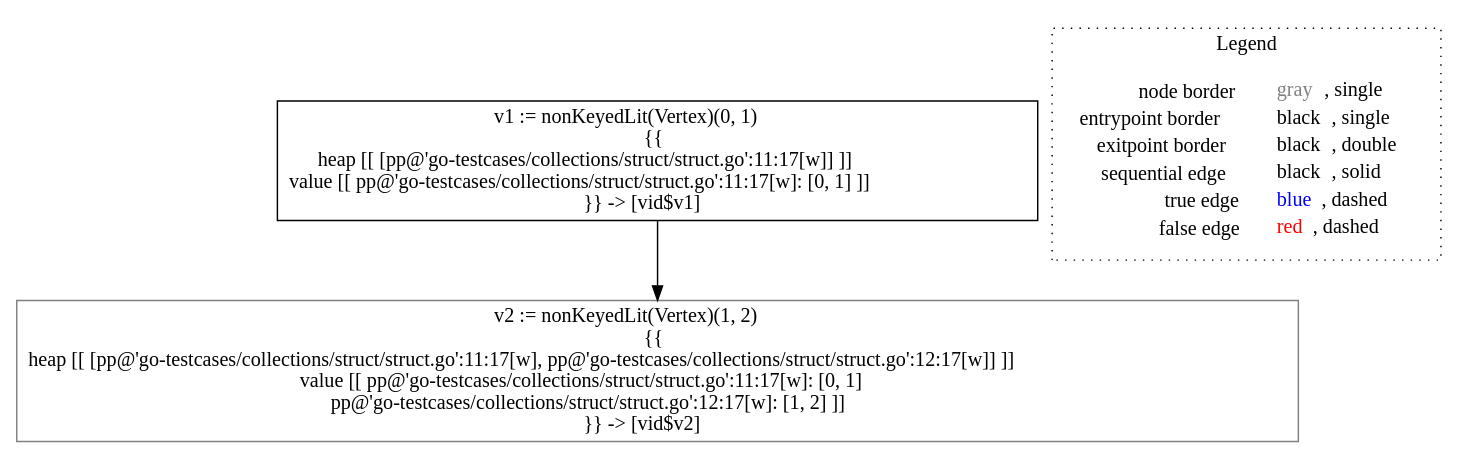
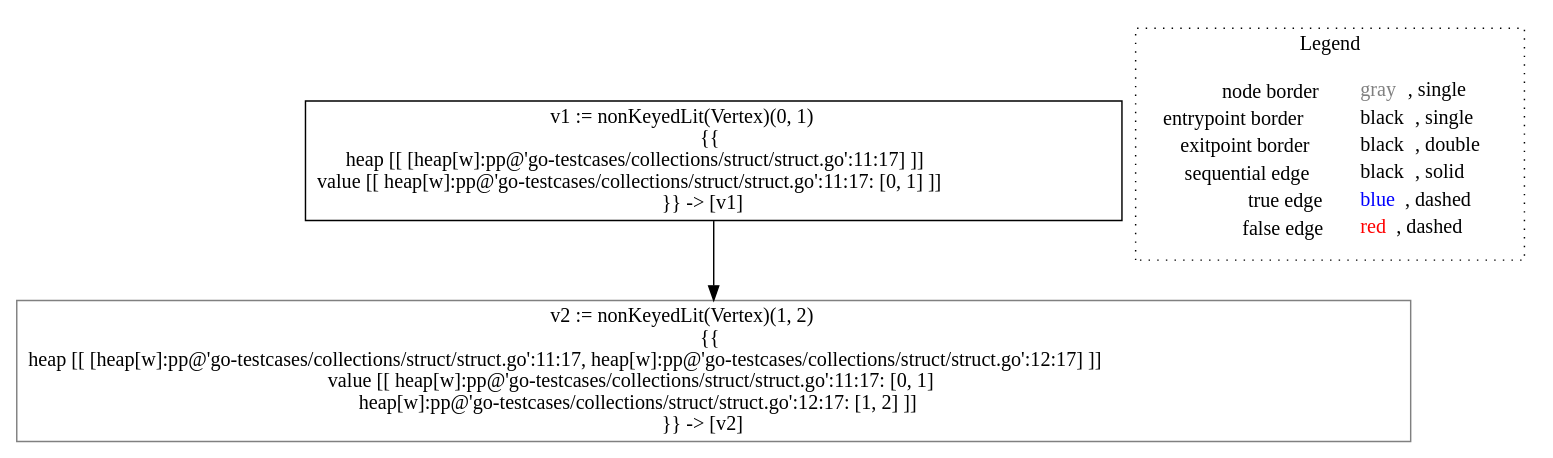
Before and after one commit to lisa-analyzer/go-lisa: the diagram in go-lisa/go-testcases/collections/struct/analysis___untyped_~LiSAProgram.allocs().dot, drawn with Graphviz. The commit also changed 11 other files, not shown here.

```diff
--- a/go-lisa/go-testcases/collections/struct/analysis___untyped_~LiSAProgram.allocs().dot
+++ b/go-lisa/go-testcases/collections/struct/analysis___untyped_~LiSAProgram.allocs().dot
@@ -1,12 +1,12 @@
 digraph {
-	"node0" [shape="rect",color="black",label=<v1 := nonKeyedLit(Vertex)(0, 1)<BR/>{{<BR/>heap [[ [pp@'go-testcases/collections/struct/struct.go':11:17[w]] ]]<BR/>value [[ pp@'go-testcases/collections/struct/struct.go':11:17[w]: [0, 1] ]]<BR/>}} -&gt; [vid$v1]>];
-	"node1" [shape="rect",color="gray",label=<v2 := nonKeyedLit(Vertex)(1, 2)<BR/>{{<BR/>heap [[ [pp@'go-testcases/collections/struct/struct.go':11:17[w], pp@'go-testcases/collections/struct/struct.go':12:17[w]] ]]<BR/>value [[ pp@'go-testcases/collections/struct/struct.go':11:17[w]: [0, 1]<BR/>pp@'go-testcases/collections/struct/struct.go':12:17[w]: [1, 2] ]]<BR/>}} -&gt; [vid$v2]>];
+	"node0" [shape="rect",color="black",label=<v1 := nonKeyedLit(Vertex)(0, 1)<BR/>{{<BR/>heap [[ [heap[w]:pp@'go-testcases/collections/struct/struct.go':11:17] ]]<BR/>value [[ heap[w]:pp@'go-testcases/collections/struct/struct.go':11:17: [0, 1] ]]<BR/>}} -&gt; [v1]>];
+	"node1" [shape="rect",color="gray",label=<v2 := nonKeyedLit(Vertex)(1, 2)<BR/>{{<BR/>heap [[ [heap[w]:pp@'go-testcases/collections/struct/struct.go':11:17, heap[w]:pp@'go-testcases/collections/struct/struct.go':12:17] ]]<BR/>value [[ heap[w]:pp@'go-testcases/collections/struct/struct.go':11:17: [0, 1]<BR/>heap[w]:pp@'go-testcases/collections/struct/struct.go':12:17: [1, 2] ]]<BR/>}} -&gt; [v2]>];
 	"node0" -> "node1" [color="black"];
 subgraph cluster_legend {
 	label="Legend";
 	style=dotted;
 	node [shape=plaintext];
 	"legend" [label=<<table border="0" cellpadding="2" cellspacing="0" cellborder="0"><tr><td align="right">node border&nbsp;</td><td align="left"><font color="gray">gray</font>, single</td></tr><tr><td align="right">entrypoint border&nbsp;</td><td align="left"><font color="black">black</font>, single</td></tr><tr><td align="right">exitpoint border&nbsp;</td><td align="left"><font color="black">black</font>, double</td></tr><tr><td align="right">sequential edge&nbsp;</td><td align="left"><font color="black">black</font>, solid</td></tr><tr><td align="right">true edge&nbsp;</td><td align="left"><font color="blue">blue</font>, dashed</td></tr><tr><td align="right">false edge&nbsp;</td><td align="left"><font color="red">red</font>, dashed</td></tr></table>>];
 }
 
 }
```
